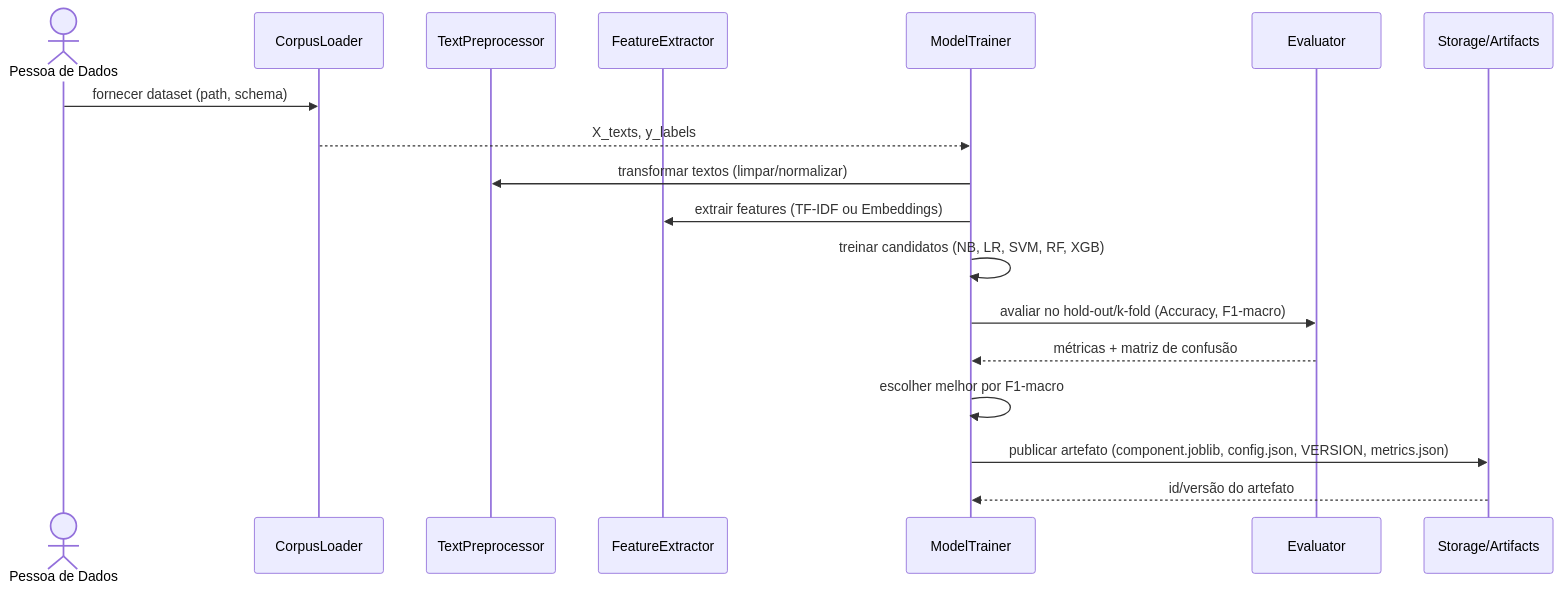
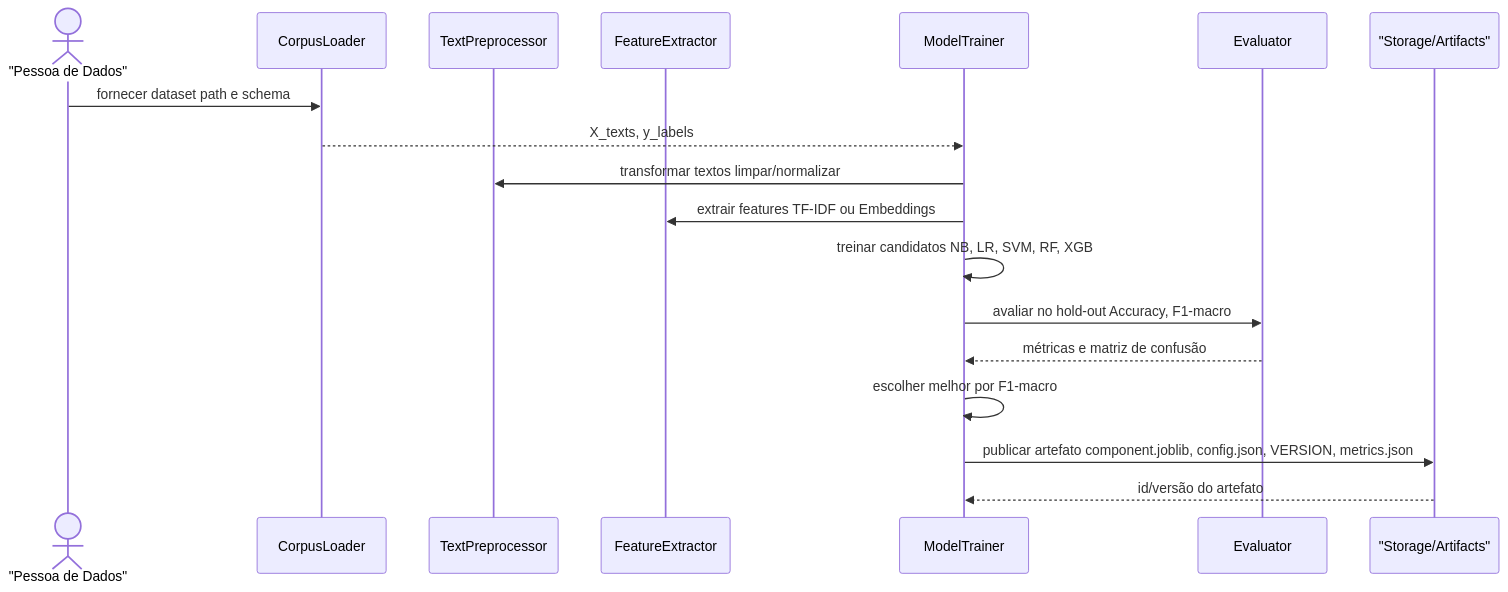
Before and after one commit to moonlitrevery/LyricsClassifier: the first of 2 diagrams in docs/sequence_diagrams.md, drawn with Mermaid. The commit also changed other lines of this file and 13 other files, not shown here.

First line of the commit message:
feat: add engineering diagrams and update documentation

````diff
--- a/docs/sequence_diagrams.md
+++ b/docs/sequence_diagrams.md
@@ -5,21 +5,21 @@
 ```mermaid
 sequenceDiagram
-  actor DP as Pessoa de Dados
+  actor DP as "Pessoa de Dados"
   participant CL as CorpusLoader
   participant TP as TextPreprocessor
   participant FE as FeatureExtractor
   participant MT as ModelTrainer
   participant EV as Evaluator
-  participant ST as Storage/Artifacts
+  participant ST as "Storage/Artifacts"
 
-  DP->>CL: fornecer dataset (path, schema)
+  DP->>CL: fornecer dataset path e schema
   CL-->>MT: X_texts, y_labels
-  MT->>TP: transformar textos (limpar/normalizar)
-  MT->>FE: extrair features (TF-IDF ou Embeddings)
-  MT->>MT: treinar candidatos (NB, LR, SVM, RF, XGB)
-  MT->>EV: avaliar no hold-out/k-fold (Accuracy, F1-macro)
-  EV-->>MT: métricas + matriz de confusão
+  MT->>TP: transformar textos limpar/normalizar
+  MT->>FE: extrair features TF-IDF ou Embeddings
+  MT->>MT: treinar candidatos NB, LR, SVM, RF, XGB
+  MT->>EV: avaliar no hold-out Accuracy, F1-macro
+  EV-->>MT: métricas e matriz de confusão
   MT->>MT: escolher melhor por F1-macro
-  MT->>ST: publicar artefato (component.joblib, config.json, VERSION, metrics.json)
+  MT->>ST: publicar artefato component.joblib, config.json, VERSION, metrics.json
   ST-->>MT: id/versão do artefato
 ```
````
